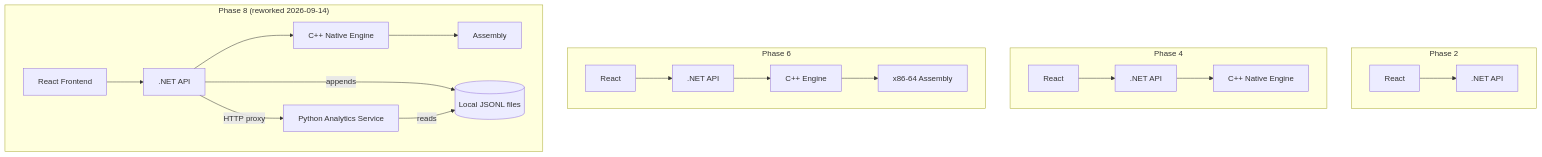
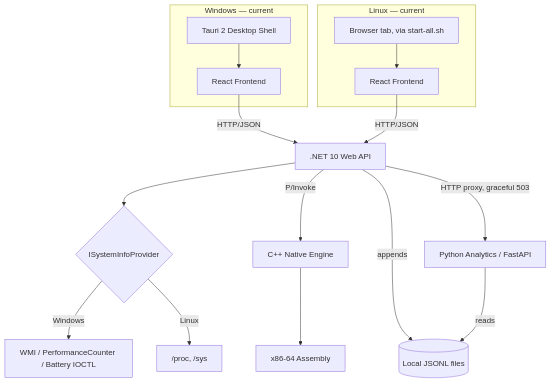
The diagram in PROJECT_STATUS.md (VipulSharma143/System-Info), drawn with Mermaid before and after one commit. The commit also changed other lines of this file and 6 other files, not shown here.

````diff
--- a/PROJECT_STATUS.md
+++ b/PROJECT_STATUS.md
@@ -75,19 +49,18 @@
 ```mermaid
 flowchart TB
-    subgraph P2["Phase 2"]
-        F1[React] --> B1[.NET API]
+    subgraph Windows["Windows — current"]
+        TW[Tauri 2 Desktop Shell] --> FEW[React Frontend]
     end
-    subgraph P4["Phase 4"]
-        F2[React] --> B2[.NET API] --> N1[C++ Native Engine]
+    subgraph Linux["Linux — current"]
+        BR[Browser tab, via start-all.sh] --> FEL[React Frontend]
     end
-    subgraph P6["Phase 6"]
-        F3[React] --> B3[.NET API] --> N2[C++ Engine] --> A1[x86-64 Assembly]
-    end
-    subgraph Now["Phase 8 (reworked 2026-09-14)"]
-        F4[React Frontend] --> B4[.NET API]
-        B4 --> N3[C++ Native Engine] --> A2[Assembly]
-        B4 -- HTTP proxy --> PY[Python Analytics Service]
-        B4 -- appends --> DB[(Local JSONL files)]
-        PY -- reads --> DB
-    end
+    FEW -- HTTP/JSON --> API[.NET 10 Web API]
+    FEL -- HTTP/JSON --> API
+    API --> PROV{ISystemInfoProvider}
+    PROV -->|Windows| WINP[WMI / PerformanceCounter / Battery IOCTL]
+    PROV -->|Linux| LINP["/proc, /sys"]
+    API -- P/Invoke --> CPP[C++ Native Engine] --> ASM[x86-64 Assembly]
+    API -- HTTP proxy, graceful 503 --> PY[Python Analytics / FastAPI]
+    API -- appends --> STORE[(Local JSONL files)]
+    PY -- reads --> STORE
 ```
````
